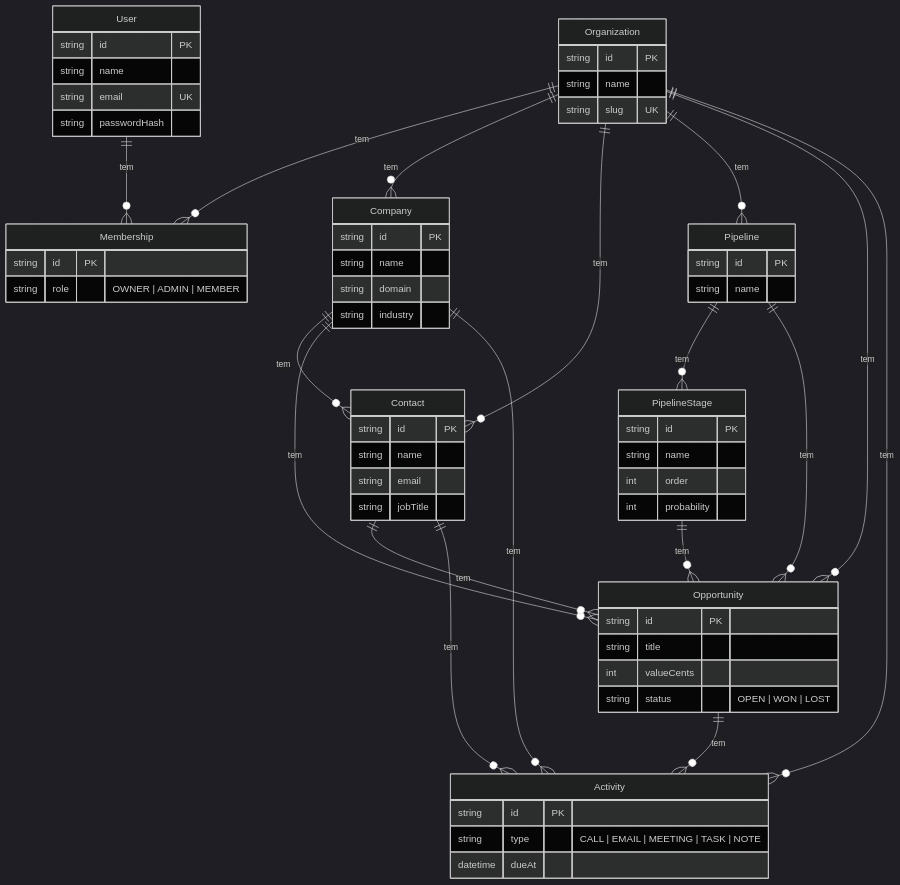
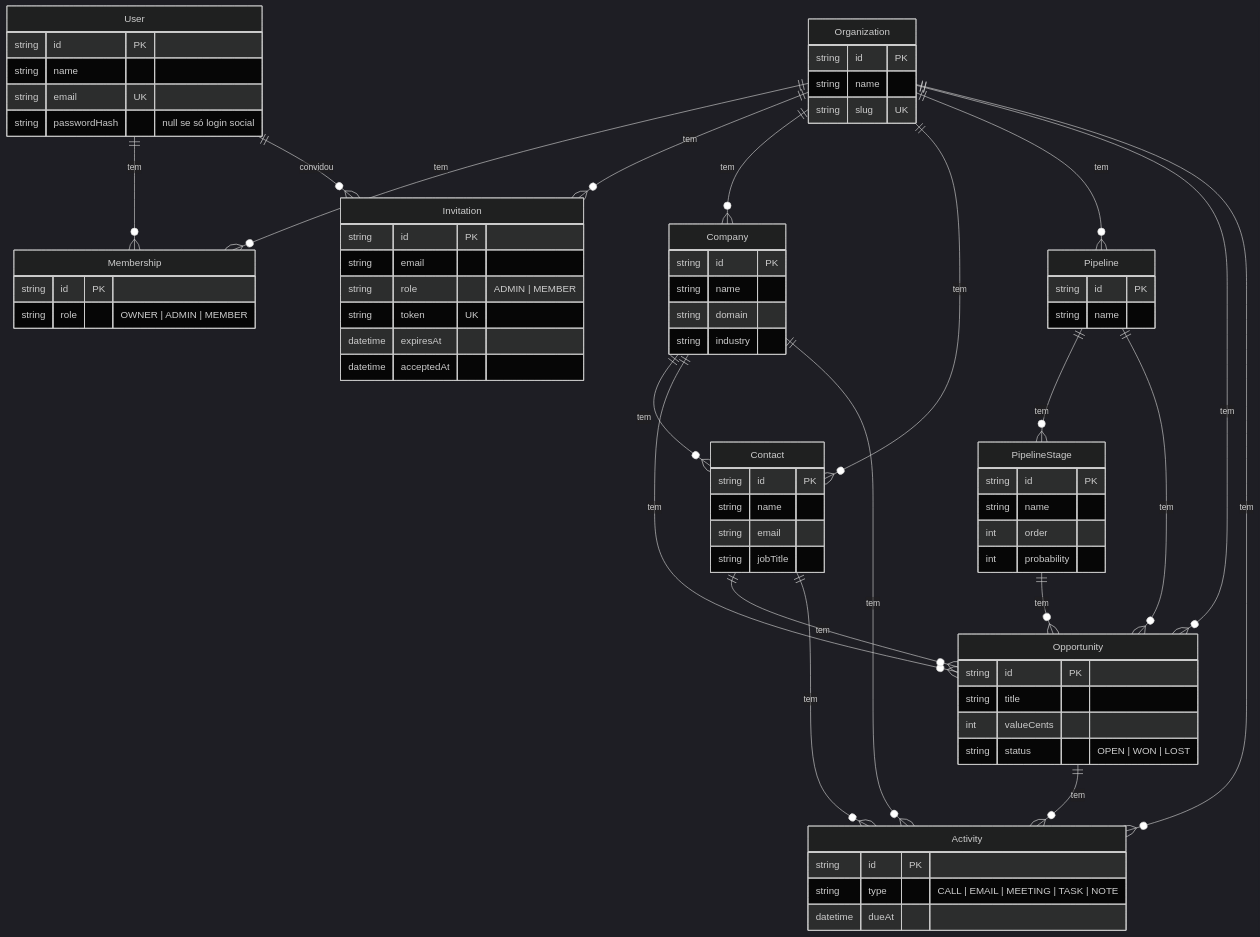
One commit to LeonardoAugustoBacelar/crm-platform changed the diagram in README.md. Above: the diagram before and after it, drawn with Mermaid (dark theme). The commit also changed other lines of this file and 44 other files, not shown here.

First line of the commit message:
Implementa Contatos, Pipeline, Oportunidades, convites, multi-org, login social e testes

````diff
--- a/README.md
+++ b/README.md
@@ -31,68 +33,78 @@
 ```mermaid
 erDiagram
     Organization ||--o{ Membership : tem
+    Organization ||--o{ Invitation : tem
     User ||--o{ Membership : tem
+    User ||--o{ Invitation : convidou
     Organization ||--o{ Company : tem
     Organization ||--o{ Contact : tem
     Organization ||--o{ Pipeline : tem
     Organization ||--o{ Opportunity : tem
     Organization ||--o{ Activity : tem
     Company ||--o{ Contact : tem
     Company ||--o{ Opportunity : tem
     Contact ||--o{ Opportunity : tem
     Pipeline ||--o{ PipelineStage : tem
     Pipeline ||--o{ Opportunity : tem
     PipelineStage ||--o{ Opportunity : tem
     Opportunity ||--o{ Activity : tem
     Company ||--o{ Activity : tem
     Contact ||--o{ Activity : tem
 
     Organization {
         string id PK
         string name
         string slug UK
     }
     User {
         string id PK
         string name
         string email UK
-        string passwordHash
+        string passwordHash "null se só login social"
     }
     Membership {
         string id PK
         string role "OWNER | ADMIN | MEMBER"
+    }
+    Invitation {
+        string id PK
+        string email
+        string role "ADMIN | MEMBER"
+        string token UK
+        datetime expiresAt
+        datetime acceptedAt
     }
     Company {
         string id PK
         string name
         string domain
         string industry
     }
     Contact {
         string id PK
         string name
         string email
         string jobTitle
     }
     Pipeline {
         string id PK
         string name
     }
     PipelineStage {
         string id PK
         string name
         int order
         int probability
     }
     Opportunity {
         string id PK
         string title
         int valueCents
         string status "OPEN | WON | LOST"
     }
     Activity {
         string id PK
         string type "CALL | EMAIL | MEETING | TASK | NOTE"
         datetime dueAt
     }
 ```
````
